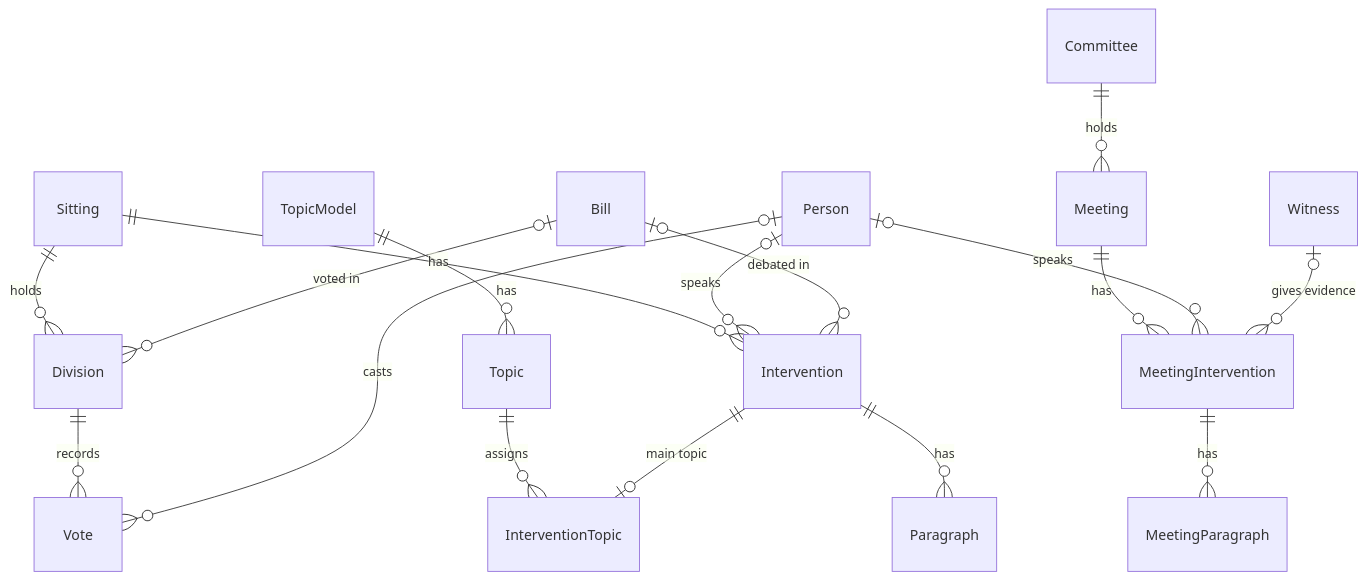
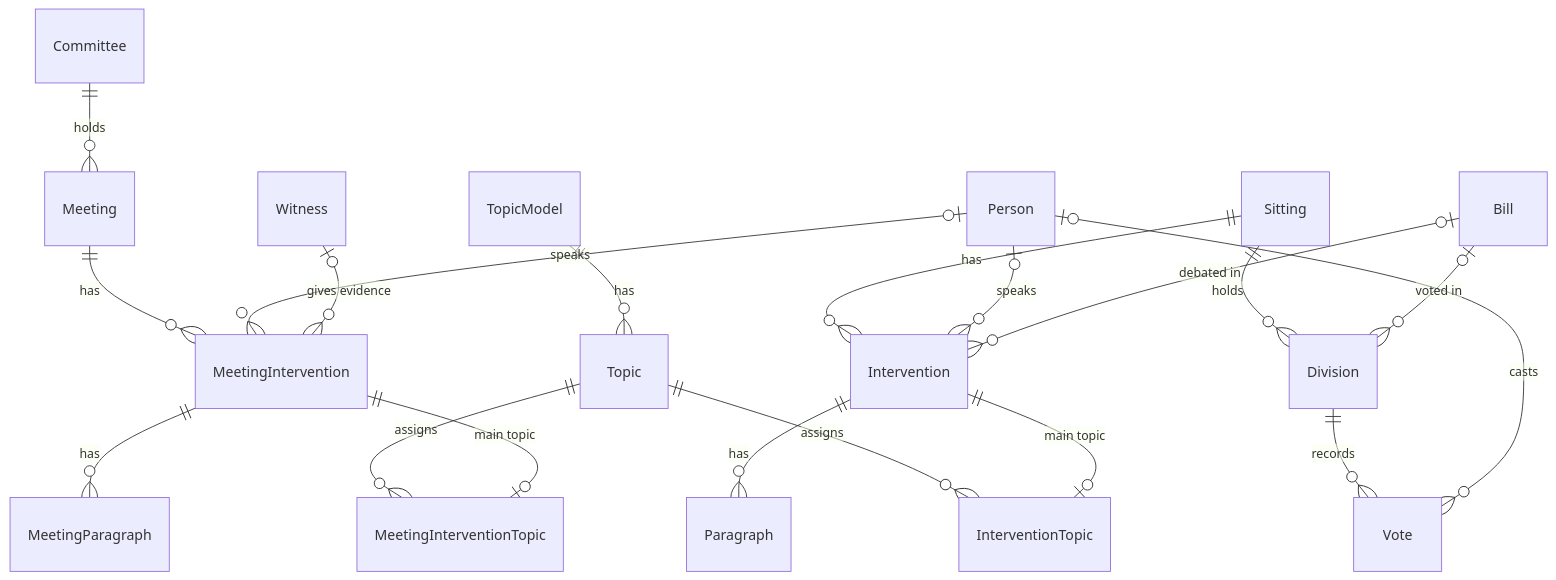
The second of 2 diagrams in docs/ARCHITECTURE.md (omarfaruqe/hansardlens), drawn with Mermaid before and after one commit. The commit also changed other lines of this file and 13 other files, not shown here.

````diff
--- a/docs/ARCHITECTURE.md
+++ b/docs/ARCHITECTURE.md
@@ -42,19 +44,21 @@
 ```mermaid
 erDiagram
     Sitting ||--o{ Intervention : has
     Person |o--o{ Intervention : speaks
     Intervention ||--o{ Paragraph : has
     TopicModel ||--o{ Topic : has
     Topic ||--o{ InterventionTopic : assigns
     Intervention ||--o| InterventionTopic : "main topic"
     Sitting ||--o{ Division : holds
     Division ||--o{ Vote : records
     Person |o--o{ Vote : casts
     Bill |o--o{ Intervention : "debated in"
     Bill |o--o{ Division : "voted in"
     Committee ||--o{ Meeting : holds
     Meeting ||--o{ MeetingIntervention : has
     MeetingIntervention ||--o{ MeetingParagraph : has
     Person |o--o{ MeetingIntervention : speaks
     Witness |o--o{ MeetingIntervention : "gives evidence"
+    Topic ||--o{ MeetingInterventionTopic : assigns
+    MeetingIntervention ||--o| MeetingInterventionTopic : "main topic"
 ```
````
